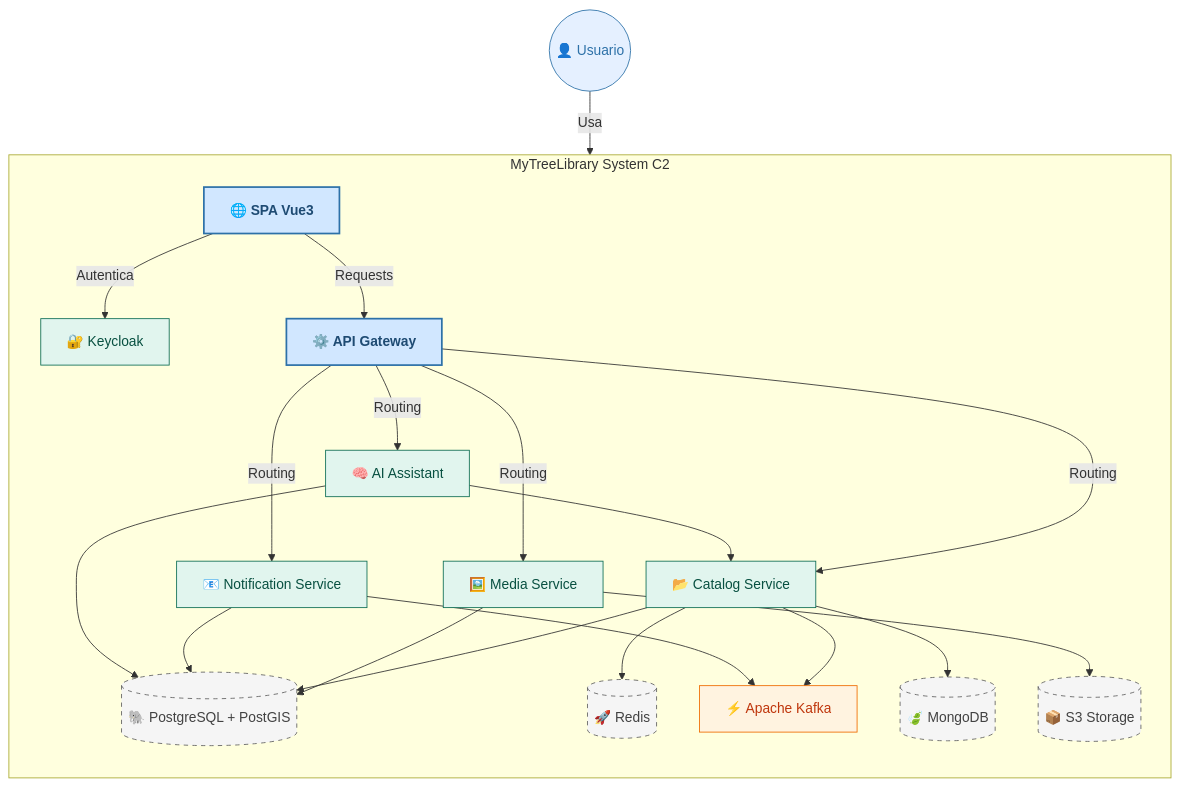
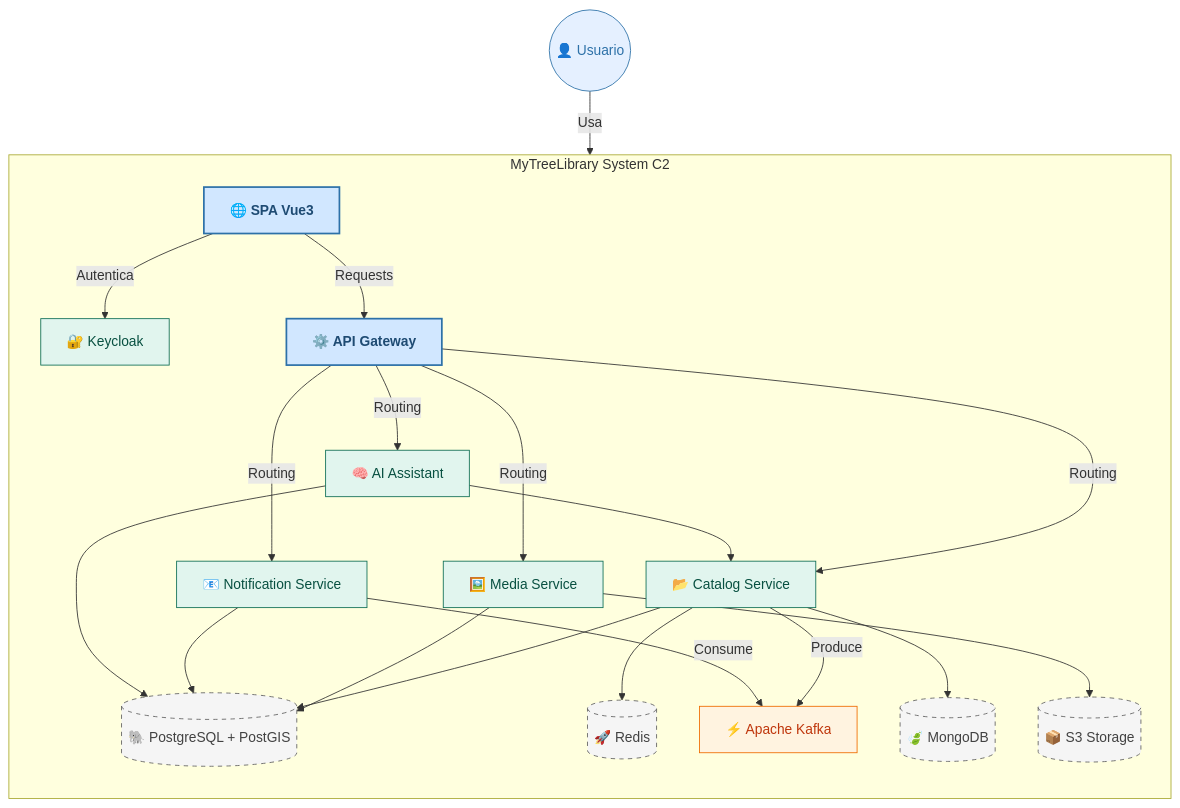
The second of 18 diagrams in readme.md (LIDR-academy/AI4Devs-finalproject), drawn with Mermaid before and after one commit.

Commit message:
Mejoras diseño

````diff
--- a/readme.md
+++ b/readme.md
@@ -258,59 +258,59 @@
 ```mermaid
 flowchart TB
     %% --- Estilos ---
     classDef user fill:#E5F0FF,stroke:#2D71A8,stroke-width:1px,color:#2D71A8;
     classDef web fill:#D1E7FF,stroke:#2D71A8,stroke-width:2px,color:#1E4B73,font-weight:bold;
     classDef service fill:#E1F5EE,stroke:#0F6E56,stroke-width:1px,color:#085041;
     classDef infra fill:#FFF3E0,stroke:#EF6C00,stroke-width:1px,color:#BF360C;
     classDef db fill:#F5F5F5,stroke:#616161,stroke-width:1px,color:#424242,stroke-dasharray: 5 5;
 
     %% --- Usuario ---
     U(("👤 Usuario")):::user
 
     %% --- Límite del Sistema ---
     subgraph MyTreeLibrary [MyTreeLibrary System C2]
         direction TB
         
         %% Frontend y Entrada
         SPA["🌐 SPA Vue3"]:::web
         GW["⚙️ API Gateway"]:::web
         
         %% Servicios
         KC["🔐 Keycloak"]:::service
         CAT["📂 Catalog Service"]:::service
         MED["🖼️ Media Service"]:::service
         NOT["📧 Notification Service"]:::service
         AIS["🧠 AI Assistant"]:::service
         
         %% Infraestructura y Datos
         K["⚡ Apache Kafka"]:::infra
         PG[("🐘 PostgreSQL + PostGIS")]:::db
         MG[("🍃 MongoDB")]:::db
         RD[("🚀 Redis")]:::db
         OBJ[("📦 S3 Storage")]:::db
     end
 
     %% --- Relaciones ---
     U -->|Usa| SPA
     SPA -->|Autentica| KC
     SPA -->|Requests| GW
     
     GW -->|Routing| CAT
     GW -->|Routing| MED
     GW -->|Routing| AIS
     GW -->|Routing| NOT
     
     CAT --> PG
     CAT --> RD
-    CAT --> K
+    CAT -->|Produce| K
     CAT --> MG
     
     MED --> PG
     MED --> OBJ
     
     NOT --> PG
-    NOT --> K
+    NOT -->|Consume| K
     
     AIS --> PG
     AIS --> CAT
 ```
````
